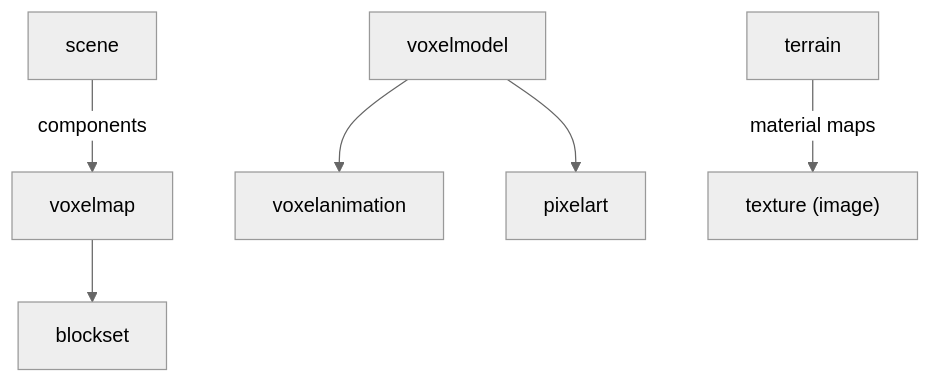
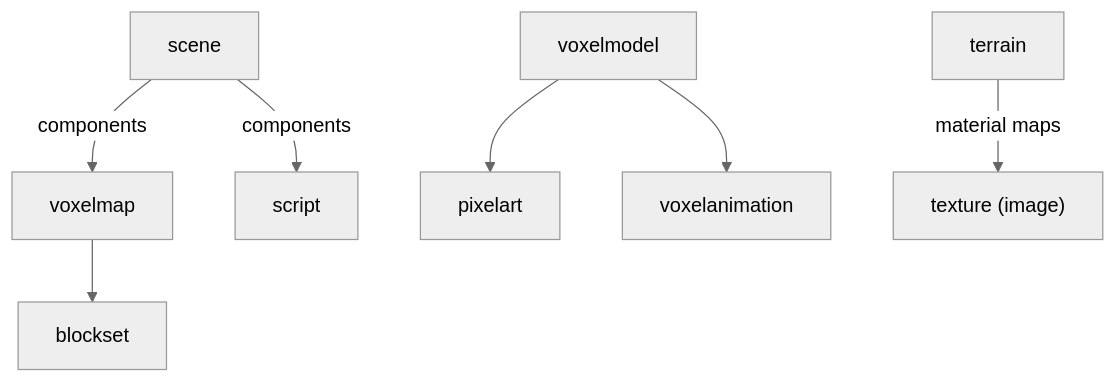
Before and after one commit to JollyPixel/editor: the fourth of 4 diagrams in packages/assets/ARCHITECTURE.md, drawn with Mermaid (neutral theme). The commit also changed 101 other files, not shown here.

````diff
--- a/packages/assets/ARCHITECTURE.md
+++ b/packages/assets/ARCHITECTURE.md
@@ -75,17 +75,19 @@
 ```mermaid
 flowchart TB
     Scene["scene"]
     Map["voxelmap"]
     Model["voxelmodel"]
     Blockset["blockset"]
     Animation["voxelanimation"]
     PixelArt["pixelart"]
     Terrain["terrain"]
+    Script["script"]
     Texture["texture (image)"]
 
     Scene -->|"components"| Map
+    Scene -->|"components"| Script
     Map --> Blockset
     Model --> PixelArt
     Model --> Animation
     Terrain -->|"material maps"| Texture
 ```
````
